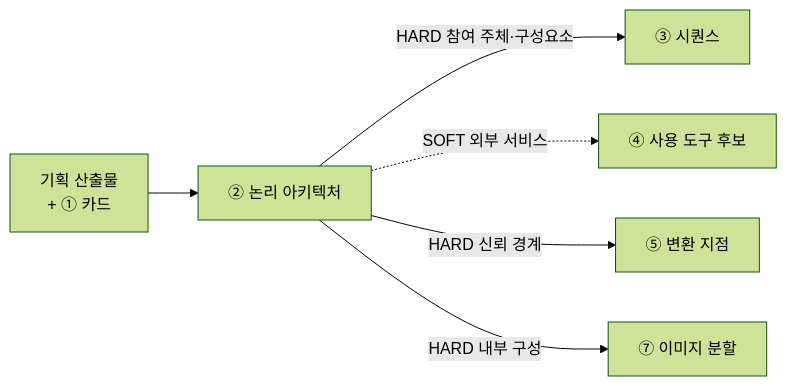
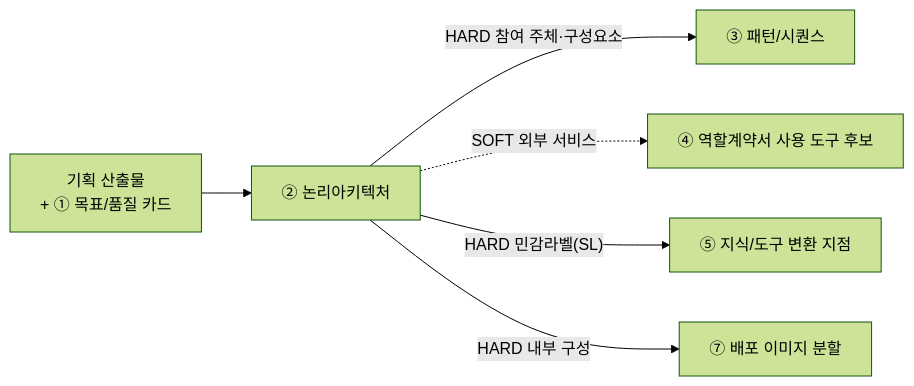
One commit to unicorn-campus/design-agentic-ai changed the first of 2 diagrams in guides/02-논리아키텍처-가이드.md. Above: the diagram before and after it, drawn with Mermaid (forest theme). The commit also changed other lines of this file and 15 other files, not shown here.

````diff
--- a/guides/02-논리아키텍처-가이드.md
+++ b/guides/02-논리아키텍처-가이드.md
@@ -20,8 +20,8 @@
 ```mermaid
 flowchart LR
-  P["기획 산출물<br/>+ ① 카드"] --> A["② 논리 아키텍처"]
-  A -->|"HARD 참여 주체·구성요소"| S3["③ 시퀀스"]
-  A -.->|"SOFT 외부 서비스"| S4["④ 사용 도구 후보"]
-  A -->|"HARD 신뢰 경계"| S5["⑤ 변환 지점"]
-  A -->|"HARD 내부 구성"| S7["⑦ 이미지 분할"]
+  P["기획 산출물<br/>+ ① 목표/품질 카드"] --> A["② 논리아키텍처"]
+  A -->|"HARD 참여 주체·구성요소"| S3["③ 패턴/시퀀스"]
+  A -.->|"SOFT 외부 서비스"| S4["④ 역할계약서 사용 도구 후보"]
+  A -->|"HARD 민감라벨(SL)"| S5["⑤ 지식/도구 변환 지점"]
+  A -->|"HARD 내부 구성"| S7["⑦ 배포 이미지 분할"]
 ```
````
